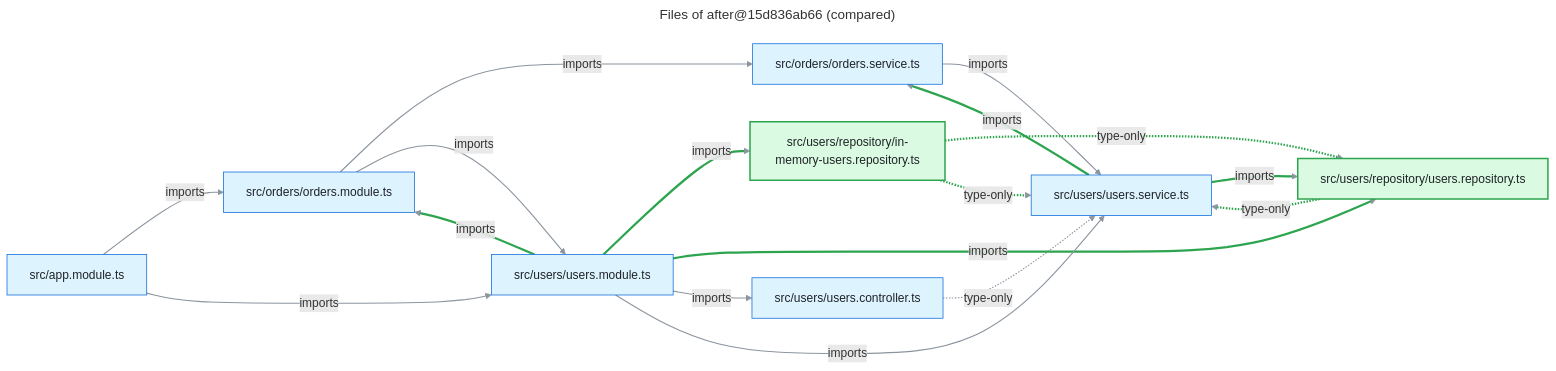
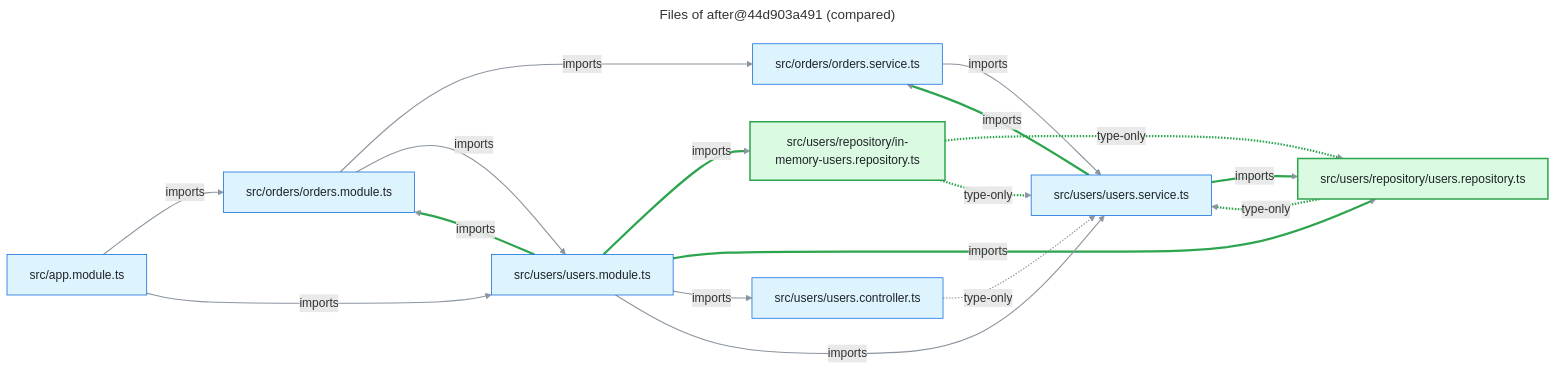
The diagram in examples/nest-shop/files-compare.mmd (FullFran/archsieve), drawn with Mermaid before and after one commit. The commit also changed 6 other files, not shown here.

```diff
--- a/examples/nest-shop/files-compare.mmd
+++ b/examples/nest-shop/files-compare.mmd
@@ -1,44 +1,47 @@
 ---
-title: "Files of after@15d836ab66 (compared)"
+title: "Files of after@44d903a491 (compared)"
 ---
 flowchart LR
   n0["src/app.module.ts"]:::code
   n1["src/orders/orders.module.ts"]:::code
   n2["src/orders/orders.service.ts"]:::code
   n3["src/users/repository/in-memory-users.repository.ts"]:::added
   n4["src/users/repository/users.repository.ts"]:::added
   n5["src/users/users.controller.ts"]:::code
   n6["src/users/users.module.ts"]:::code
   n7["src/users/users.service.ts"]:::code
   n0 -->|"imports"| n1
   n0 -->|"imports"| n6
   n1 -->|"imports"| n2
   n1 -->|"imports"| n6
   n2 -->|"imports"| n7
   n3 -.->|"type-only"| n4
   n3 -.->|"type-only"| n7
   n4 -.->|"type-only"| n7
   n5 -.->|"type-only"| n7
   n6 -->|"imports"| n1
   n6 -->|"imports"| n3
   n6 -->|"imports"| n4
   n6 -->|"imports"| n5
   n6 -->|"imports"| n7
   n7 -->|"imports"| n2
   n7 -->|"imports"| n4
   linkStyle default stroke:#8c959f,stroke-width:1.5px
   linkStyle 5 stroke:#2da44e,stroke-width:3px
   linkStyle 6 stroke:#2da44e,stroke-width:3px
   linkStyle 7 stroke:#2da44e,stroke-width:3px
   linkStyle 9 stroke:#2da44e,stroke-width:3px
   linkStyle 10 stroke:#2da44e,stroke-width:3px
   linkStyle 11 stroke:#2da44e,stroke-width:3px
   linkStyle 14 stroke:#2da44e,stroke-width:3px
   linkStyle 15 stroke:#2da44e,stroke-width:3px
   classDef code fill:#ddf4ff,stroke:#0969da,color:#1f2328
   classDef external fill:#fff8c5,stroke:#9a6700,color:#1f2328
   classDef module fill:#fbefff,stroke:#8250df,color:#1f2328
   classDef added fill:#dafbe1,stroke:#2da44e,stroke-width:2px,color:#1f2328
   classDef removed fill:#ffebe9,stroke:#cf222e,stroke-dasharray:4 3,color:#1f2328
   classDef boundary fill:#f6f8fa,stroke:#57606a,stroke-dasharray:6 4,color:#1f2328
+  classDef container fill:#ddf4ff,stroke:#0969da,stroke-width:2px,color:#1f2328
+  classDef unverified fill:#ffffff,stroke:#0969da,stroke-width:2px,stroke-dasharray:5 3,color:#1f2328
+  classDef undeclared fill:#fff1e5,stroke:#bc4c00,stroke-width:2px,color:#1f2328
   classDef focus fill:#ddf4ff,stroke:#0969da,stroke-width:4px,color:#1f2328
```
